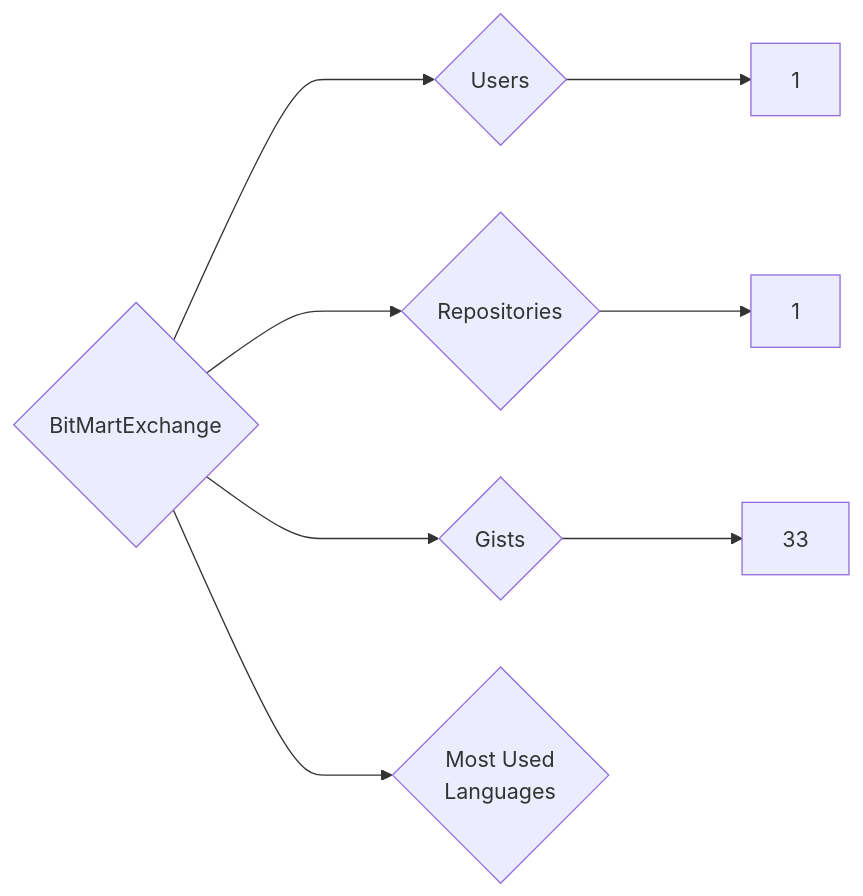
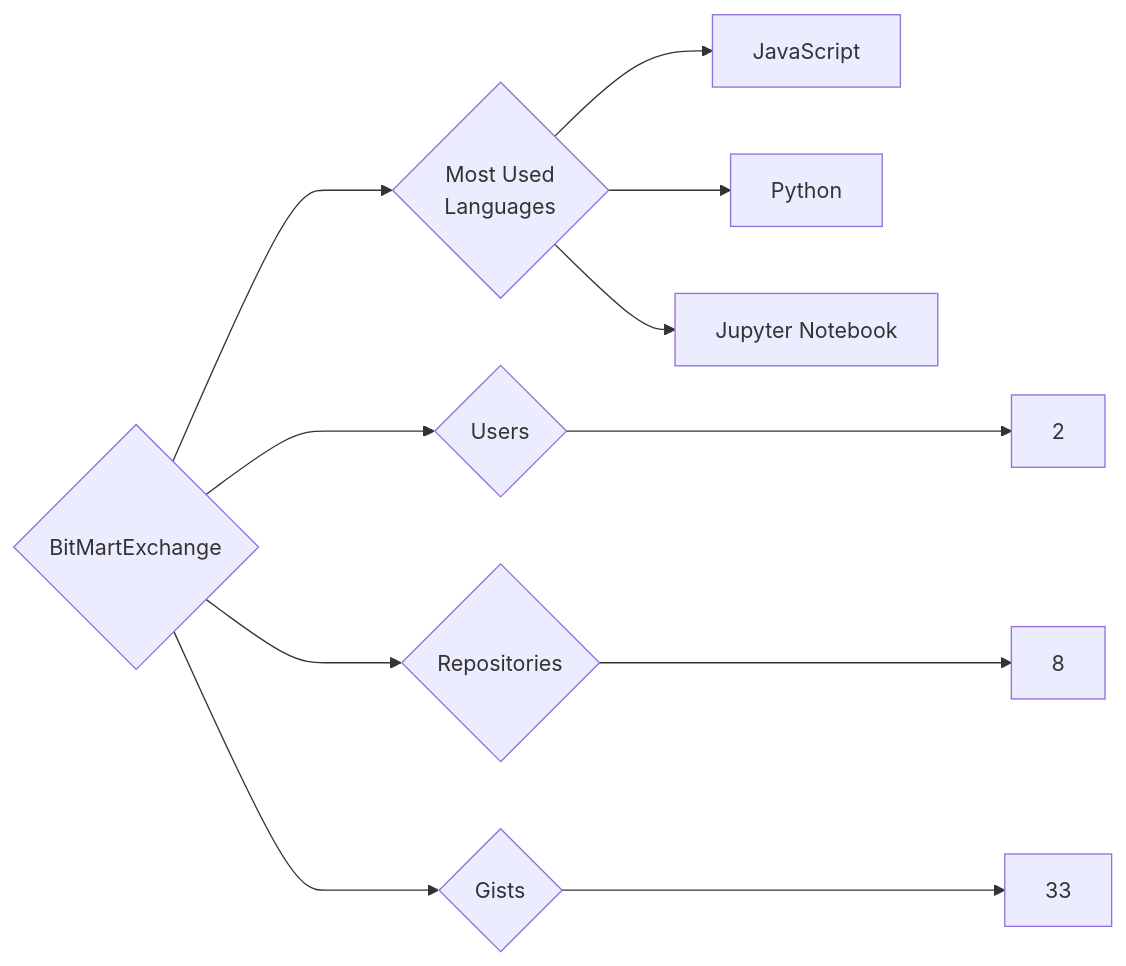
Before and after one commit to trickest/insiders: the diagram in targets/BitMartExchange/README.md, drawn with Mermaid. The commit also changed 776 other files, not shown here.

````diff
--- a/targets/BitMartExchange/README.md
+++ b/targets/BitMartExchange/README.md
@@ -3,8 +3,11 @@
 ```mermaid
 graph LR
 COMPANY_NAME{BitMartExchange}
-COMPANY_NAME ---> U{Users} ---> UN[1]
-COMPANY_NAME ---> R{Repositories} ---> RN[1]
+COMPANY_NAME ---> U{Users} ---> UN[2]
+COMPANY_NAME ---> R{Repositories} ---> RN[8]
 COMPANY_NAME ---> G{Gists} ---> GN[33]
 COMPANY_NAME ---> ML{Most Used<br>Languages}
+ML --> JavaScript[JavaScript]
+ML --> Python[Python]
+ML --> Jupyter_Notebook[Jupyter Notebook]
 ```
````
